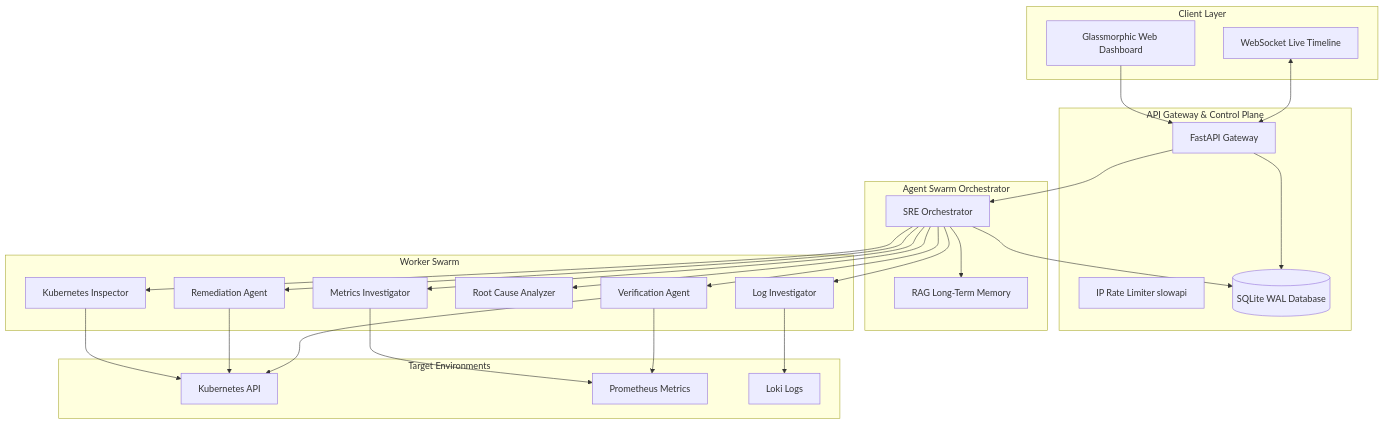
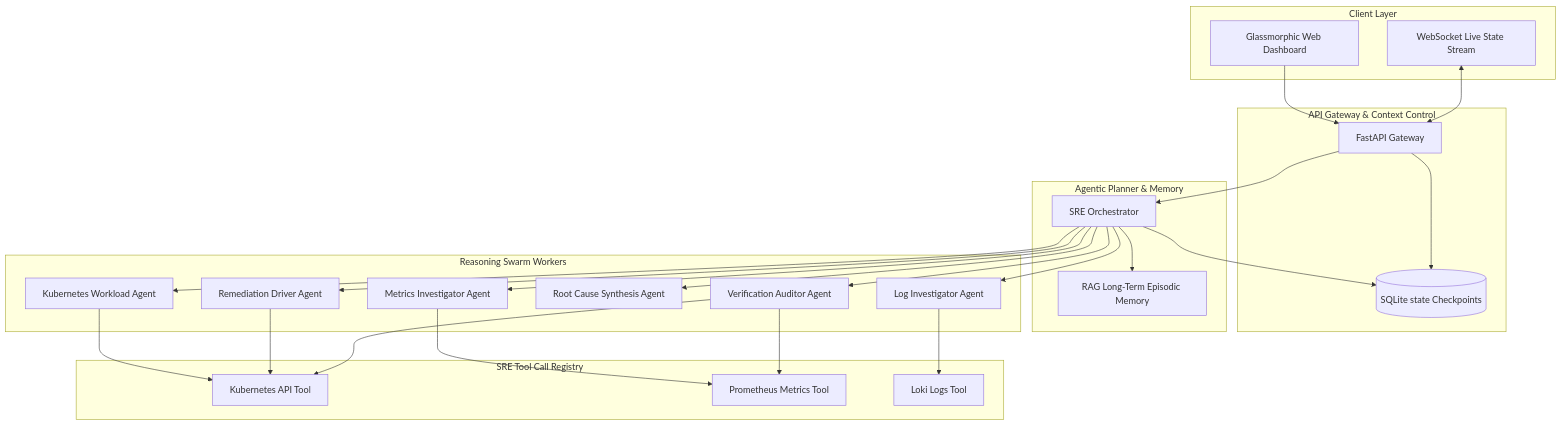
Before and after one commit to Pavanteja0/aire: the first of 2 diagrams in README.md, drawn with Mermaid. The commit also changed other lines of this file, not shown here.

Commit message:
docs: Reposition platform positioning 100% towards Agentic AI & Swarm Orchestration

````diff
--- a/README.md
+++ b/README.md
@@ -21,49 +23,48 @@
 ```mermaid
 graph TD
     subgraph Client Layer
         WebUI[Glassmorphic Web Dashboard]
-        WS[WebSocket Live Timeline]
+        WS[WebSocket Live State Stream]
     end
 
-    subgraph API Gateway & Control Plane
+    subgraph API Gateway & Context Control
         API[FastAPI Gateway]
-        RateLimiter[IP Rate Limiter slowapi]
-        DB[(SQLite WAL Database)]
+        DB[(SQLite state Checkpoints)]
     end
 
-    subgraph Agent Swarm Orchestrator
+    subgraph Agentic Planner & Memory
         Orchestrator[SRE Orchestrator]
-        RAG[RAG Long-Term Memory]
+        RAG[RAG Long-Term Episodic Memory]
     end
 
-    subgraph Worker Swarm
-        Agent1[Log Investigator]
-        Agent2[Metrics Investigator]
-        Agent3[Kubernetes Inspector]
-        Agent4[Root Cause Analyzer]
-        Agent5[Remediation Agent]
-        Agent6[Verification Agent]
+    subgraph Reasoning Swarm Workers
+        Agent1[Log Investigator Agent]
+        Agent2[Metrics Investigator Agent]
+        Agent3[Kubernetes Workload Agent]
+        Agent4[Root Cause Synthesis Agent]
+        Agent5[Remediation Driver Agent]
+        Agent6[Verification Auditor Agent]
     end
 
-    subgraph Target Environments
-        K8s[Kubernetes API]
-        Prom[Prometheus Metrics]
-        Loki[Loki Logs]
+    subgraph SRE Tool Call Registry
+        K8s[Kubernetes API Tool]
+        Prom[Prometheus Metrics Tool]
+        Loki[Loki Logs Tool]
     end
 
     WebUI --> API
     WS <--> API
     API --> Orchestrator
     Orchestrator --> Agent1 & Agent2 & Agent3 & Agent4 & Agent5 & Agent6
     Orchestrator --> RAG
     
     %% DB State
     API & Orchestrator --> DB
     
-    %% Target connections
+    %% Tool execution
     Agent1 --> Loki
     Agent2 --> Prom
     Agent3 --> K8s
     Agent5 --> K8s
     Agent6 --> K8s & Prom
 ```
````
